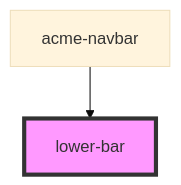
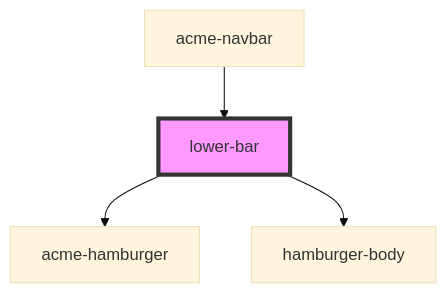
The diagram in src/components/lower-bar/readme.md (LucaArgentieri/ACME-Enterprise), drawn with Mermaid (base theme) before and after one commit. The commit also changed other lines of this file and 8 other files, not shown here.

````diff
--- a/src/components/lower-bar/readme.md
+++ b/src/components/lower-bar/readme.md
@@ -25,5 +30,7 @@
 ```mermaid
 graph TD;
+  lower-bar --> acme-hamburger
+  lower-bar --> hamburger-body
   acme-navbar --> lower-bar
   style lower-bar fill:#f9f,stroke:#333,stroke-width:4px
 ```
````
